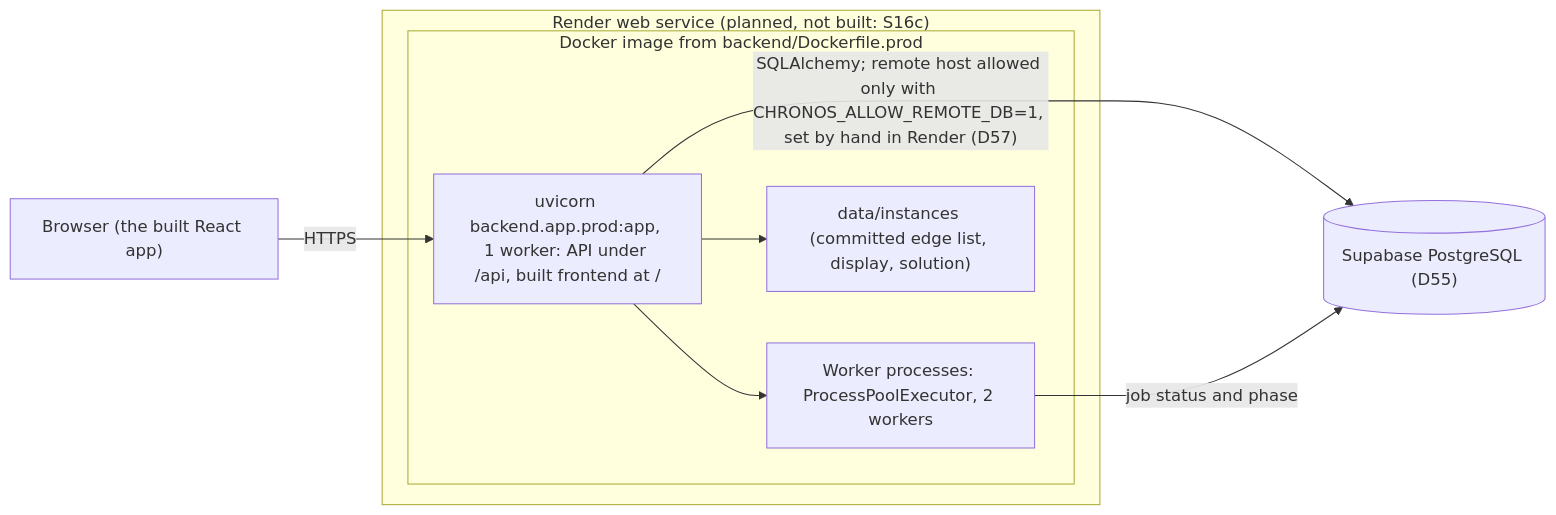
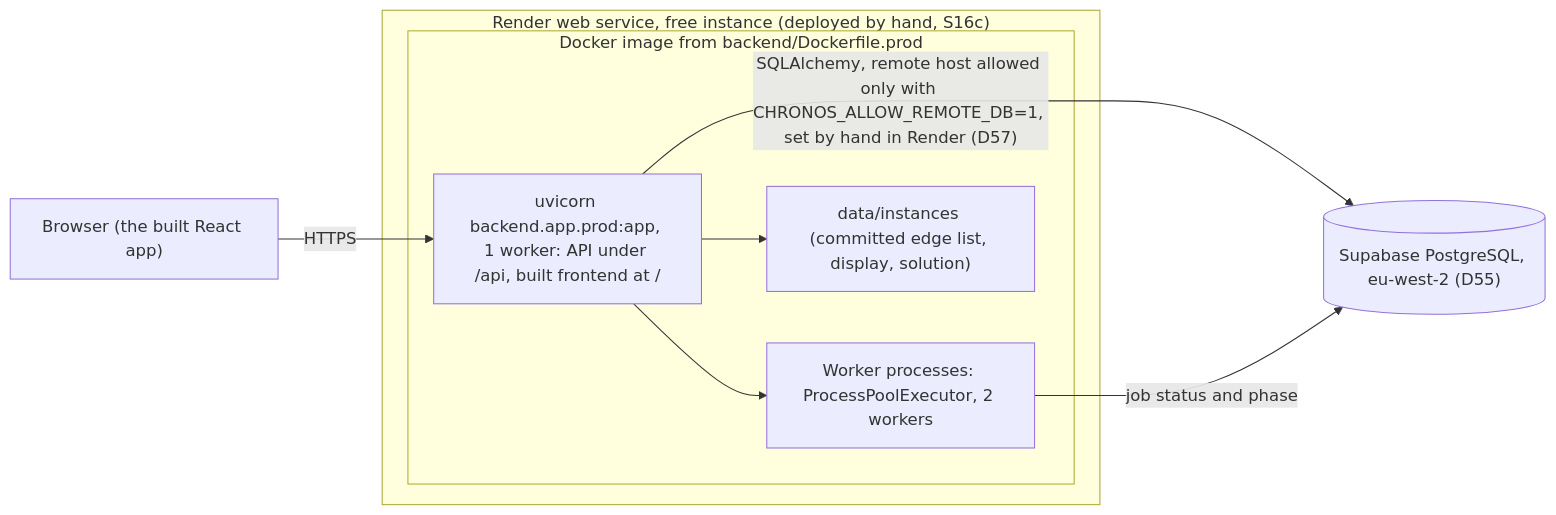
Before and after one commit to Nidzz07/Automated-Academic-Timetable-Scheduling-System: diagram 12 of 12 in docs/uml.md, drawn with Mermaid. The commit also changed other lines of this file and 6 other files, not shown here.

Commit message:
fix(solver): S17c demo flows as the website sends them, change-29 repair no longer times out, current evaluation numbers

````diff
--- a/docs/uml.md
+++ b/docs/uml.md
@@ -439,17 +439,17 @@
 ```mermaid
 flowchart LR
     Browser["Browser (the built React app)"]
-    subgraph Render["Render web service (planned, not built: S16c)"]
+    subgraph Render["Render web service, free instance (deployed by hand, S16c)"]
         subgraph Image["Docker image from backend/Dockerfile.prod"]
             Uvicorn["uvicorn backend.app.prod:app, 1 worker: API under /api, built frontend at /"]
             Pool["Worker processes: ProcessPoolExecutor, 2 workers"]
             Files["data/instances (committed edge list, display, solution)"]
             Uvicorn --> Pool
             Uvicorn --> Files
         end
     end
-    Supabase[("Supabase PostgreSQL (D55)")]
+    Supabase[("Supabase PostgreSQL, eu-west-2 (D55)")]
     Browser -- HTTPS --> Uvicorn
-    Uvicorn -- "SQLAlchemy; remote host allowed only with CHRONOS_ALLOW_REMOTE_DB=1, set by hand in Render (D57)" --> Supabase
+    Uvicorn -- "SQLAlchemy, remote host allowed only with CHRONOS_ALLOW_REMOTE_DB=1, set by hand in Render (D57)" --> Supabase
     Pool -- "job status and phase" --> Supabase
 ```
````
